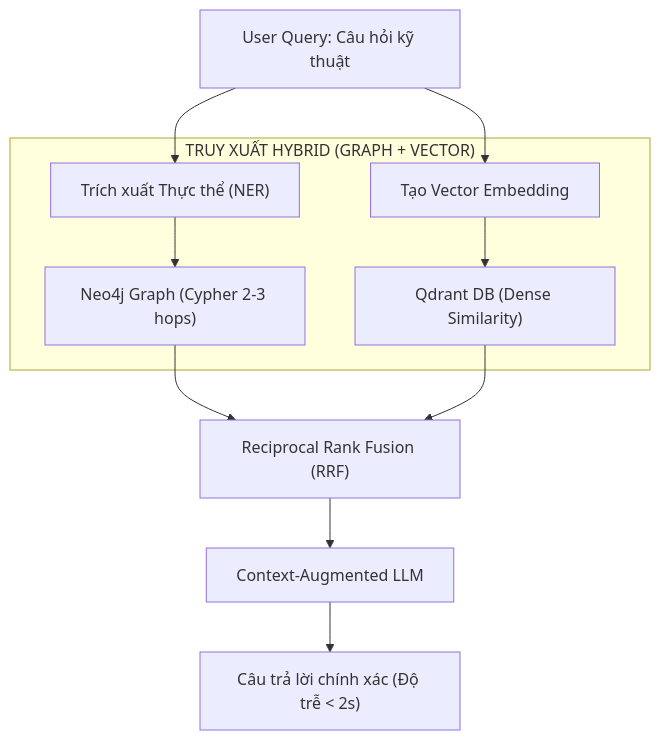
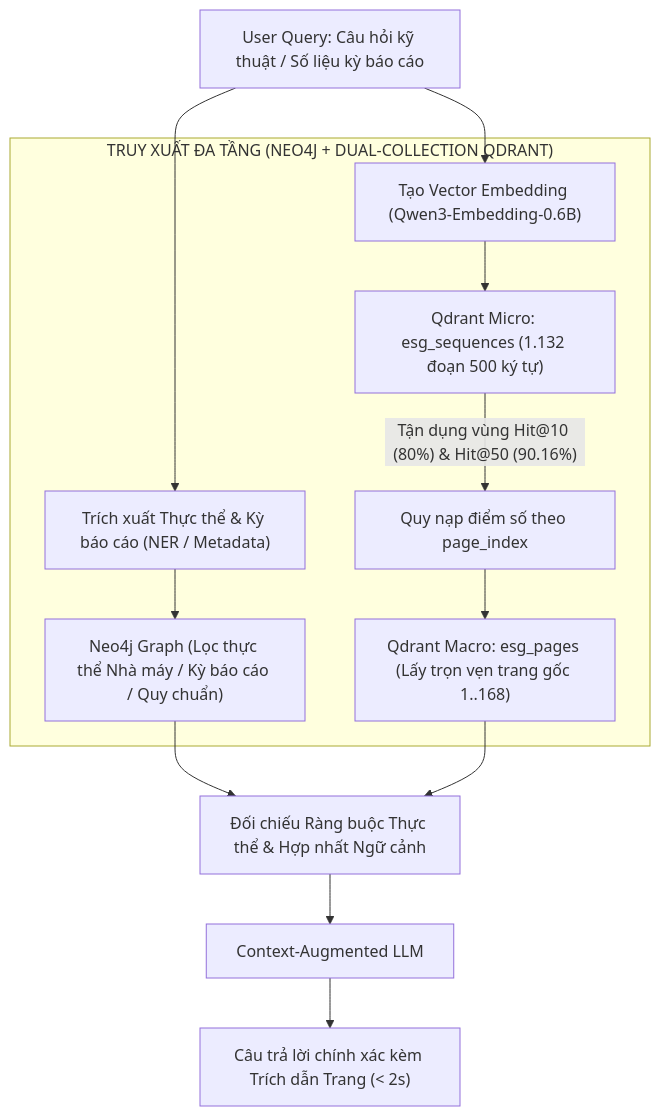
The diagram in content/posts/graph-rag-neo4j-qdrant.md (vinh-gogo/glory-hinody), drawn with Mermaid before and after one commit. The commit also changed other lines of this file and 13 other files, not shown here.

````diff
--- a/content/posts/graph-rag-neo4j-qdrant.md
+++ b/content/posts/graph-rag-neo4j-qdrant.md
@@ -41,16 +43,18 @@
 ```mermaid
 flowchart TD
-    Q["User Query: Câu hỏi kỹ thuật"] --> NER["Trích xuất Thực thể (NER)"]
-    Q --> EMB["Tạo Vector Embedding"]
+    Q["User Query: Câu hỏi kỹ thuật / Số liệu kỳ báo cáo"] --> NER["Trích xuất Thực thể & Kỳ báo cáo (NER / Metadata)"]
+    Q --> EMB["Tạo Vector Embedding (Qwen3-Embedding-0.6B)"]
 
-    subgraph RETRIEVAL["TRUY XUẤT HYBRID (GRAPH + VECTOR)"]
-        NER --> NEO["Neo4j Graph (Cypher 2-3 hops)"]
-        EMB --> QDR["Qdrant DB (Dense Similarity)"]
+    subgraph RETRIEVAL["TRUY XUẤT ĐA TẦNG (NEO4J + DUAL-COLLECTION QDRANT)"]
+        NER --> NEO["Neo4j Graph (Lọc thực thể Nhà máy / Kỳ báo cáo / Quy chuẩn)"]
+        EMB --> QDR_SEQ["Qdrant Micro: esg_sequences (1.132 đoạn 500 ký tự)"]
+        QDR_SEQ -->|"Tận dụng vùng Hit@10 (80%) & Hit@50 (90.16%)"| AGG["Quy nạp điểm số theo page_index"]
+        AGG --> QDR_PAGE["Qdrant Macro: esg_pages (Lấy trọn vẹn trang gốc 1..168)"]
     end
 
-    NEO --> RRF["Reciprocal Rank Fusion (RRF)"]
-    QDR --> RRF
+    NEO --> FUSION["Đối chiếu Ràng buộc Thực thể & Hợp nhất Ngữ cảnh"]
+    QDR_PAGE --> FUSION
 
-    RRF --> LLM["Context-Augmented LLM"]
-    LLM --> ANS["Câu trả lời chính xác (Độ trễ < 2s)"]
+    FUSION --> LLM["Context-Augmented LLM"]
+    LLM --> ANS["Câu trả lời chính xác kèm Trích dẫn Trang (< 2s)"]
 ```
````
